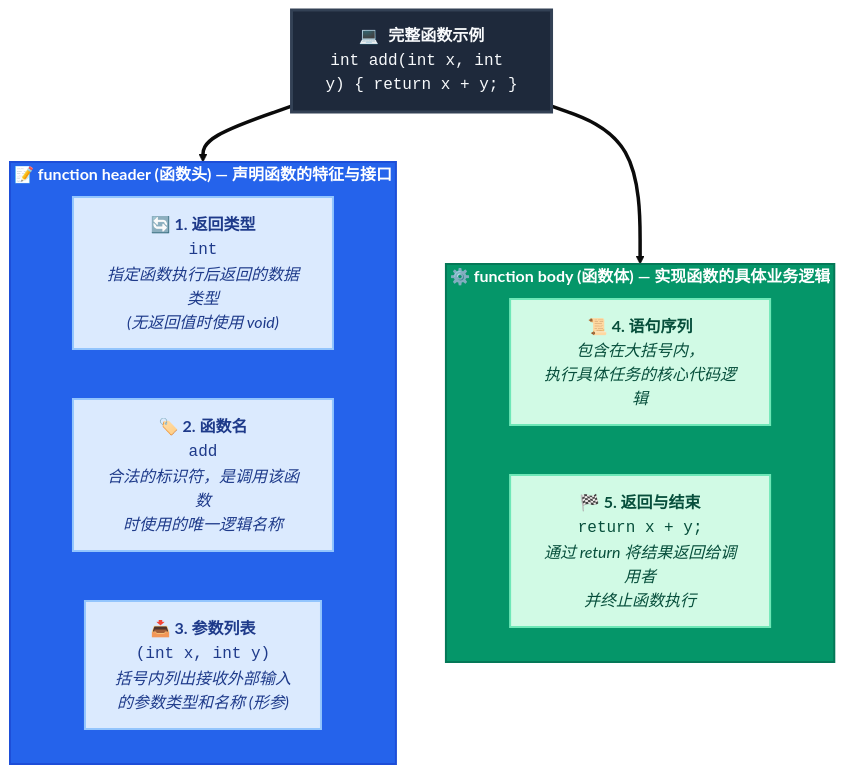
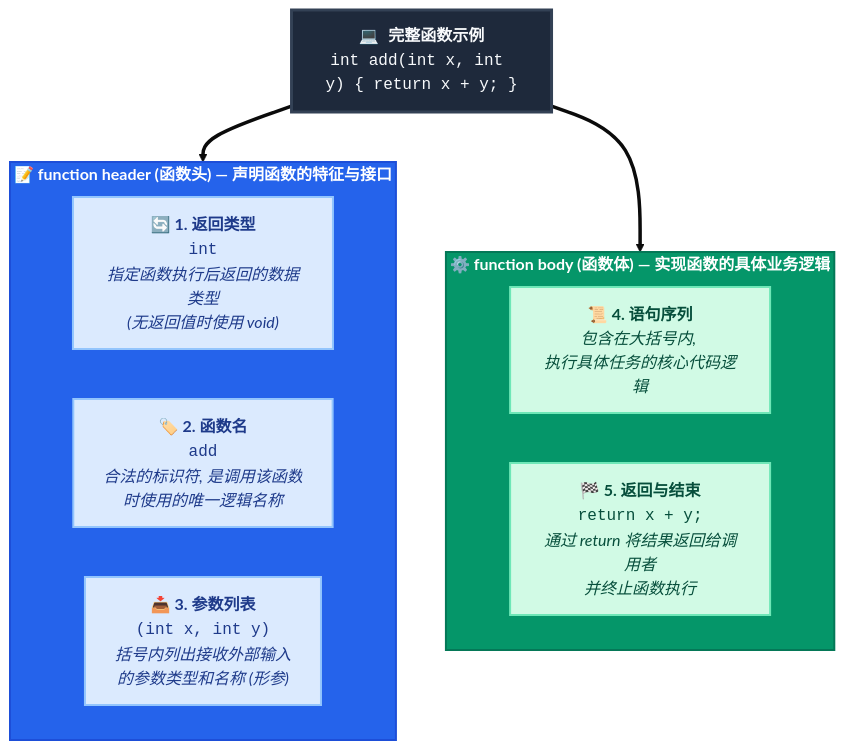
One commit to dmjcb/dmjcb.github.io changed the first of 4 diagrams in _posts/c_c++/2024-12-23-function.md. Above: the diagram before and after it, drawn with Mermaid (base theme). The commit also changed 12 other files, not shown here.

````diff
--- a/_posts/c_c++/2024-12-23-function.md
+++ b/_posts/c_c++/2024-12-23-function.md
@@ -38,40 +38,40 @@
 ```mermaid
 flowchart TD
     %% 样式定义 (兼容 Mermaid v11.4.0)
     classDef codeBlock fill:#1e293b,stroke:#334155,stroke-width:3px,color:#f8fafc,font-family:monospace,font-size:16px;
 
     classDef headerMain fill:#2563eb,stroke:#1d4ed8,stroke-width:2px,color:#ffffff,font-weight:bold,font-size:16px;
     classDef bodyMain fill:#059669,stroke:#047857,stroke-width:2px,color:#ffffff,font-weight:bold,font-size:16px;
 
     classDef headerSub fill:#dbeafe,stroke:#93c5fd,stroke-width:2px,color:#1e3a8a;
     classDef bodySub fill:#d1fae5,stroke:#6ee7b7,stroke-width:2px,color:#064e3b;
 
     %% 顶部代码示例
     Code["💻 <b>完整函数示例</b><br><code>int add(int x, int y) { return x + y; }</code>"]
 
     %% 函数头部分
     subgraph Header ["📝 function header (函数头) — 声明函数的特征与接口"]
         direction LR
         H1["🔄 <b>1. 返回类型</b><br><code>int</code><br><i>指定函数执行后返回的数据类型<br>(无返回值时使用 void)</i>"]
-        H2["🏷️ <b>2. 函数名</b><br><code>add</code><br><i>合法的标识符，是调用该函数<br>时使用的唯一逻辑名称</i>"]
+        H2["🏷️ <b>2. 函数名</b><br><code>add</code><br><i>合法的标识符, 是调用该函数<br>时使用的唯一逻辑名称</i>"]
         H3["📥 <b>3. 参数列表</b><br><code>(int x, int y)</code><br><i>括号内列出接收外部输入<br>的参数类型和名称 (形参)</i>"]
     end
 
     %% 函数体部分
     subgraph Body ["⚙️ function body (函数体) — 实现函数的具体业务逻辑"]
         direction LR
-        B1["📜 <b>4. 语句序列</b><br><i>包含在大括号内，<br>执行具体任务的核心代码逻辑</i>"]
+        B1["📜 <b>4. 语句序列</b><br><i>包含在大括号内, <br>执行具体任务的核心代码逻辑</i>"]
         B2["🏁 <b>5. 返回与结束</b><br><code>return x + y;</code><br><i>通过 return 将结果返回给调用者<br>并终止函数执行</i>"]
     end
 
     %% 连线关系
     Code ==> Header
     Code ==> Body
 
     %% 应用样式
     class Code codeBlock;
     class Header headerMain;
     class Body bodyMain;
     class H1,H2,H3 headerSub;
     class B1,B2 bodySub;
 ```
````
